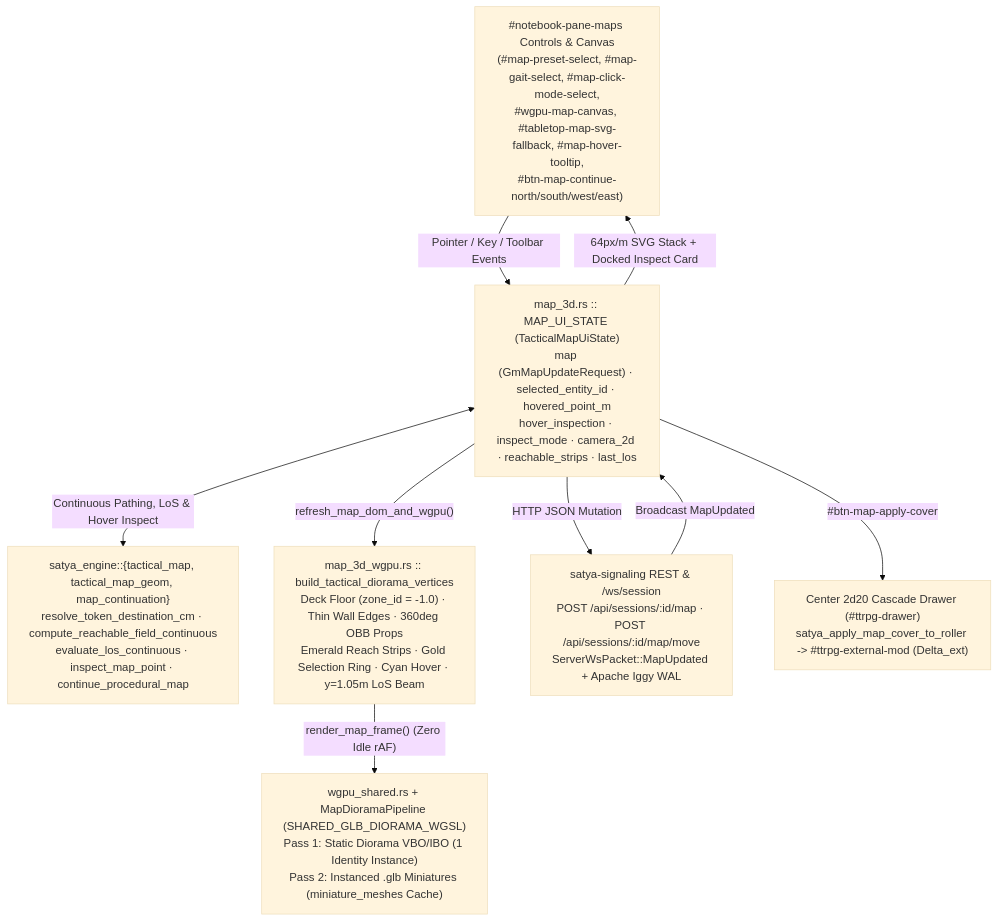
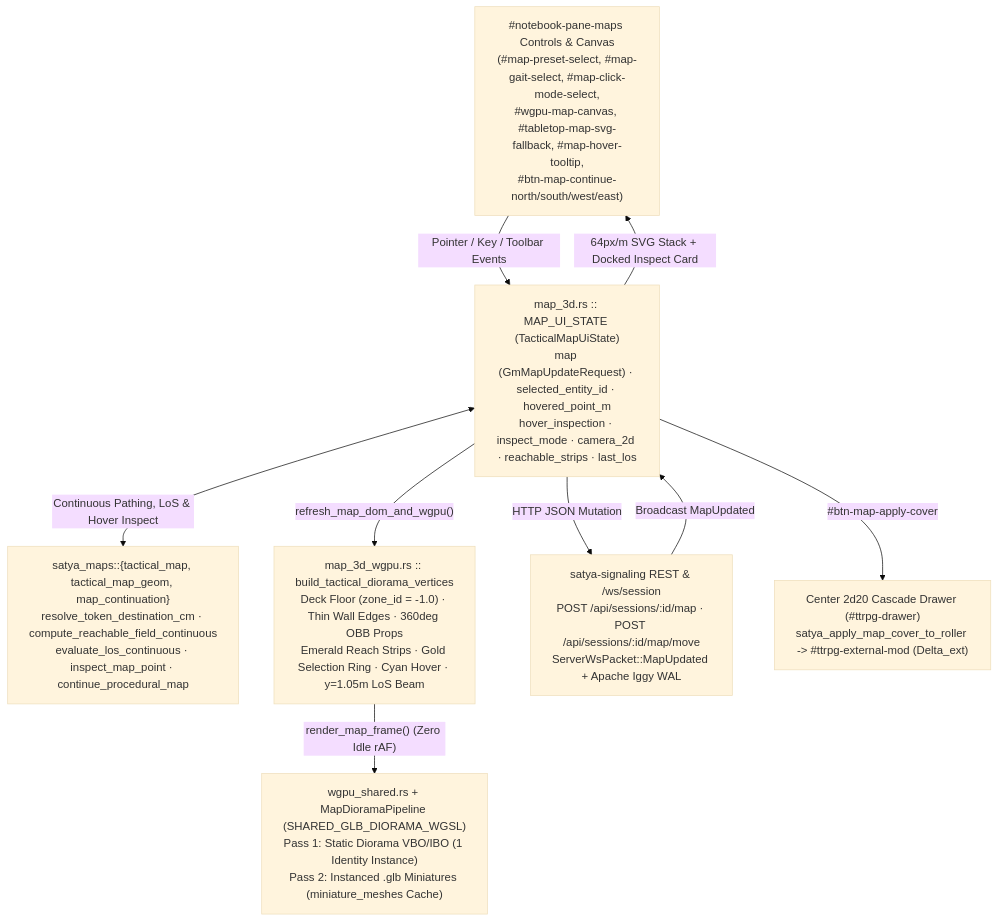
Before and after one commit to rarebreed/satya: the first of 3 diagrams in docs/technical/satya-web/02-3d-tactical-map-diorama.md, drawn with Mermaid (base theme). The commit also changed other lines of this file and 133 other files, not shown here.

````diff
--- a/docs/technical/satya-web/02-3d-tactical-map-diorama.md
+++ b/docs/technical/satya-web/02-3d-tactical-map-diorama.md
@@ -15,19 +15,19 @@
 ```mermaid
 flowchart TD
     DOM["#notebook-pane-maps Controls & Canvas\n(#map-preset-select, #map-gait-select, #map-click-mode-select,\n#wgpu-map-canvas, #tabletop-map-svg-fallback, #map-hover-tooltip,\n#btn-map-continue-north/south/west/east)"]
     UI["map_3d.rs :: MAP_UI_STATE (TacticalMapUiState)\nmap (GmMapUpdateRequest) · selected_entity_id · hovered_point_m\nhover_inspection · inspect_mode · camera_2d · reachable_strips · last_los"]
-    Eng["satya_engine::{tactical_map, tactical_map_geom, map_continuation}\nresolve_token_destination_cm · compute_reachable_field_continuous\nevaluate_los_continuous · inspect_map_point · continue_procedural_map"]
+    Eng["satya_maps::{tactical_map, tactical_map_geom, map_continuation}\nresolve_token_destination_cm · compute_reachable_field_continuous\nevaluate_los_continuous · inspect_map_point · continue_procedural_map"]
     Geom["map_3d_wgpu.rs :: build_tactical_diorama_vertices\nDeck Floor (zone_id = -1.0) · Thin Wall Edges · 360deg OBB Props\nEmerald Reach Strips · Gold Selection Ring · Cyan Hover · y=1.05m LoS Beam"]
     GPU["wgpu_shared.rs + MapDioramaPipeline (SHARED_GLB_DIORAMA_WGSL)\nPass 1: Static Diorama VBO/IBO (1 Identity Instance)\nPass 2: Instanced .glb Miniatures (miniature_meshes Cache)"]
     Rest["satya-signaling REST & /ws/session\nPOST /api/sessions/:id/map · POST /api/sessions/:id/map/move\nServerWsPacket::MapUpdated + Apache Iggy WAL"]
     Roller["Center 2d20 Cascade Drawer (#ttrpg-drawer)\nsatya_apply_map_cover_to_roller -> #ttrpg-external-mod (Delta_ext)"]
 
     DOM -->|"Pointer / Key / Toolbar Events"| UI
     UI <-->|"Continuous Pathing, LoS & Hover Inspect"| Eng
     UI -->|"refresh_map_dom_and_wgpu()"| Geom
     Geom -->|"render_map_frame() (Zero Idle rAF)"| GPU
     UI -->|"64px/m SVG Stack + Docked Inspect Card"| DOM
     UI -->|"HTTP JSON Mutation"| Rest
     Rest -->|"Broadcast MapUpdated"| UI
     UI -->|"#btn-map-apply-cover"| Roller
 ```
````
